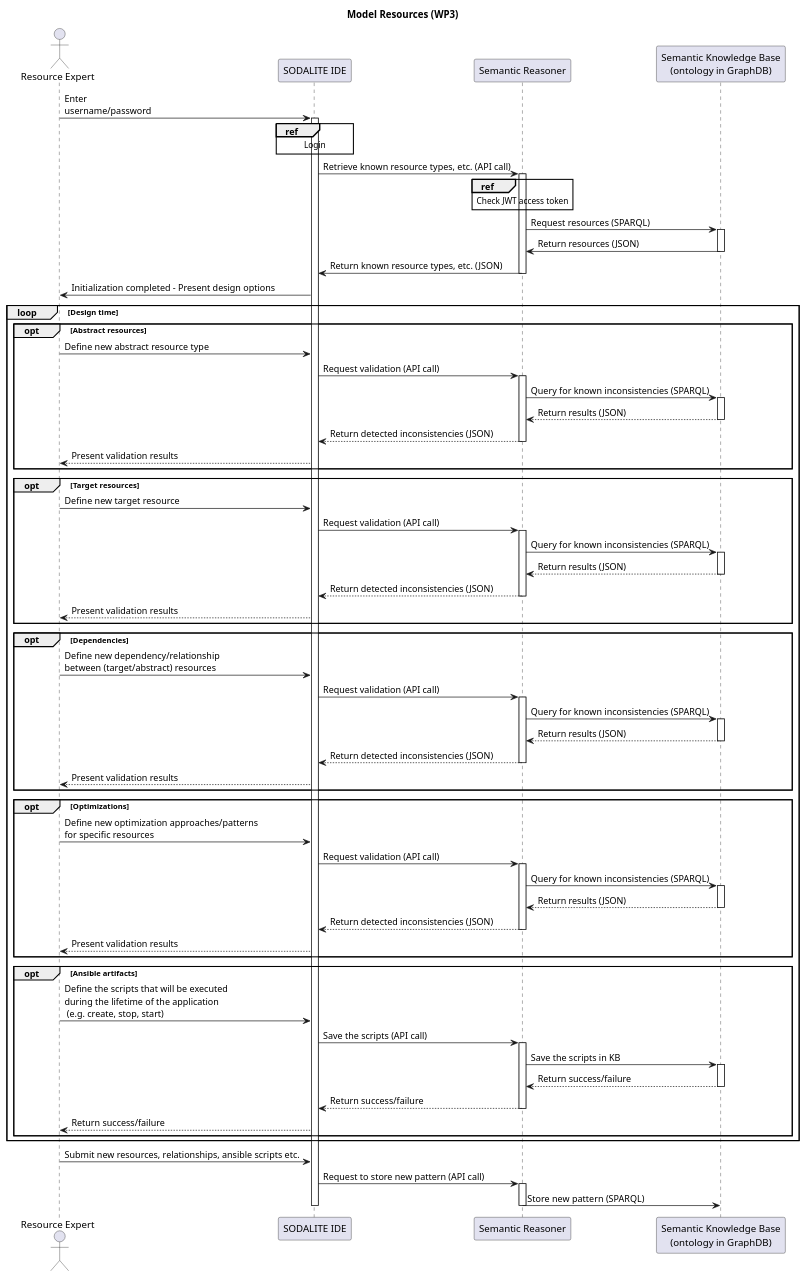
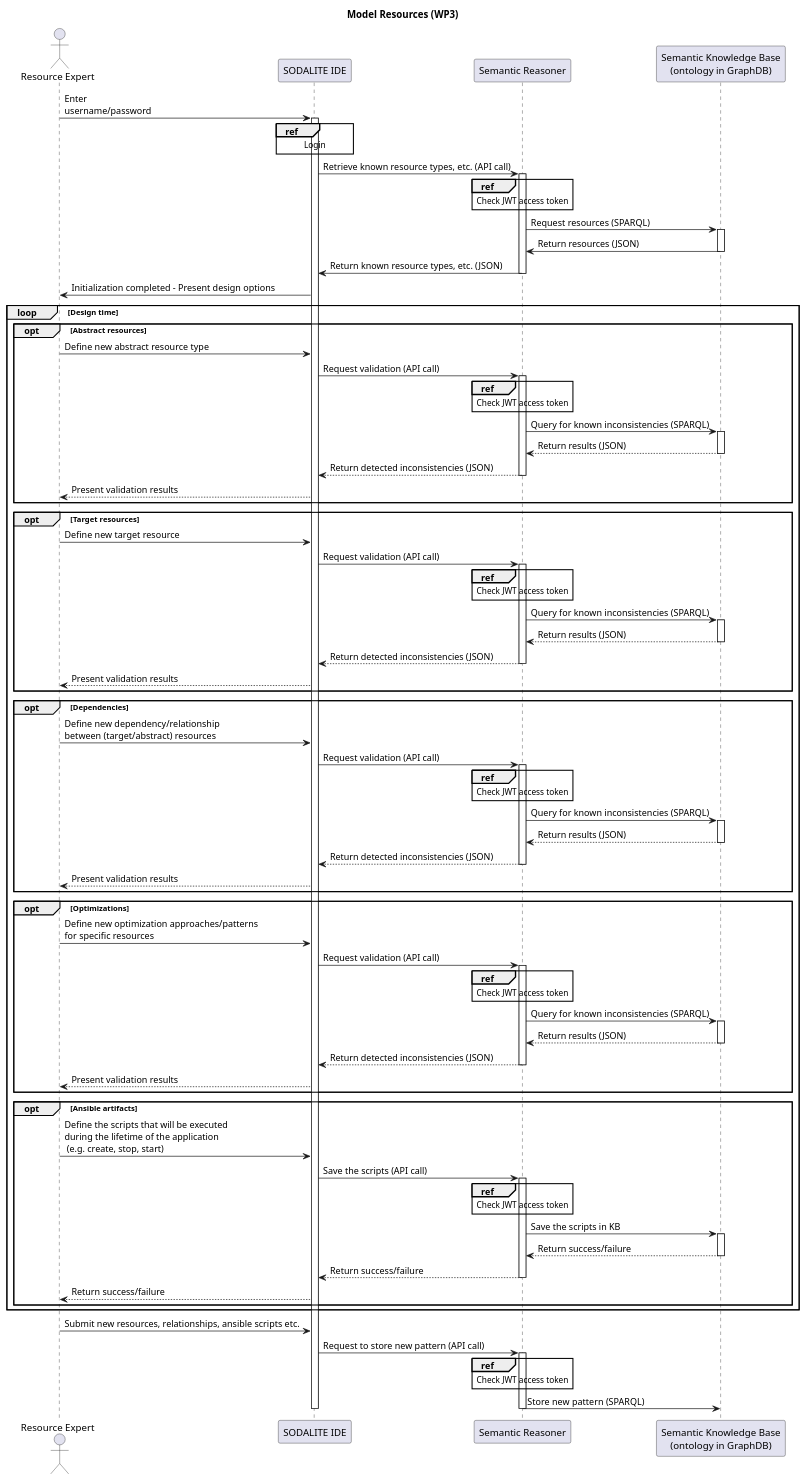
Before and after one commit to SODALITE-EU/project-wide-documentation: the diagram in uml/sequence-diagrams/UC-13-ModelResources-WP3.puml, drawn with PlantUML. The commit also changed 8 other files, not shown here.

```diff
--- a/uml/sequence-diagrams/UC-13-ModelResources-WP3.puml
+++ b/uml/sequence-diagrams/UC-13-ModelResources-WP3.puml
@@ -1,100 +1,106 @@
 @startuml
 
 title Model Resources (WP3)
 
 actor "Resource Expert" as re
 participant "SODALITE IDE" as ide
 participant "Semantic Reasoner" as reasoner
 participant "Semantic Knowledge Base\n(ontology in GraphDB)" as ontology
 
 re->ide: Enter\nusername/password
 activate ide
 ref over ide: Login
 ide->reasoner: Retrieve known resource types, etc. (API call)
 activate reasoner
 ref over reasoner: Check JWT access token
 reasoner->ontology: Request resources (SPARQL)
 activate ontology
 ontology->reasoner: Return resources (JSON)
 deactivate ontology
 reasoner->ide: Return known resource types, etc. (JSON)
 deactivate reasoner
 ide->re: Initialization completed - Present design options
 
 loop Design time
     opt Abstract resources
         re->ide: Define new abstract resource type
         ide->reasoner: Request validation (API call)
         activate reasoner
+        ref over reasoner: Check JWT access token
         reasoner->ontology: Query for known inconsistencies (SPARQL)
         activate ontology
         ontology-->reasoner: Return results (JSON)
         deactivate ontology
         reasoner-->ide: Return detected inconsistencies (JSON)
         deactivate reasoner
         ide-->re: Present validation results
     end
 
     opt Target resources
         re->ide: Define new target resource
         ide->reasoner: Request validation (API call)
         activate reasoner
+        ref over reasoner: Check JWT access token
         reasoner->ontology: Query for known inconsistencies (SPARQL)
         activate ontology
         ontology-->reasoner: Return results (JSON)
         deactivate ontology
         reasoner-->ide: Return detected inconsistencies (JSON)
         deactivate reasoner
         ide-->re: Present validation results
     end
 
     opt Dependencies
         re->ide: Define new dependency/relationship\nbetween (target/abstract) resources
         ide->reasoner: Request validation (API call)
         activate reasoner
+        ref over reasoner: Check JWT access token
         reasoner->ontology: Query for known inconsistencies (SPARQL)
         activate ontology
         ontology-->reasoner: Return results (JSON)
         deactivate ontology
         reasoner-->ide: Return detected inconsistencies (JSON)
         deactivate reasoner
         ide-->re: Present validation results
     end
 
     opt Optimizations
         re->ide: Define new optimization approaches/patterns\nfor specific resources
         ide->reasoner: Request validation (API call)
         activate reasoner
+        ref over reasoner: Check JWT access token
         reasoner->ontology: Query for known inconsistencies (SPARQL)
         activate ontology
         ontology-->reasoner: Return results (JSON)
         deactivate ontology
         reasoner-->ide: Return detected inconsistencies (JSON)
         deactivate reasoner
         ide-->re: Present validation results
     end
 
     opt Ansible artifacts
         re->ide: Define the scripts that will be executed\nduring the lifetime of the application \n (e.g. create, stop, start)
         ide->reasoner: Save the scripts (API call)
         activate reasoner
+        ref over reasoner: Check JWT access token
         reasoner->ontology: Save the scripts in KB
         activate ontology
         ontology-->reasoner: Return success/failure
         deactivate ontology
         reasoner-->ide: Return success/failure
         deactivate reasoner
         ide-->re: Return success/failure
     end
 
 
 end
 
 re->ide: Submit new resources, relationships, ansible scripts etc.
 ide->reasoner: Request to store new pattern (API call)
 activate reasoner
+ref over reasoner: Check JWT access token
 reasoner->ontology: Store new pattern (SPARQL)
 deactivate reasoner
 deactivate ide
 
 @enduml
```
